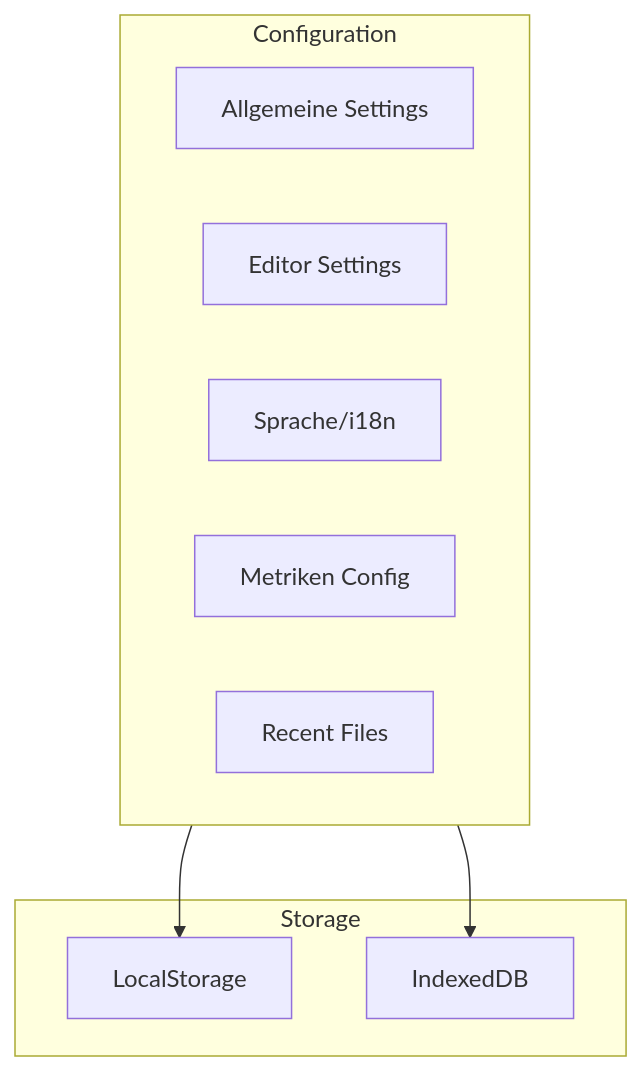
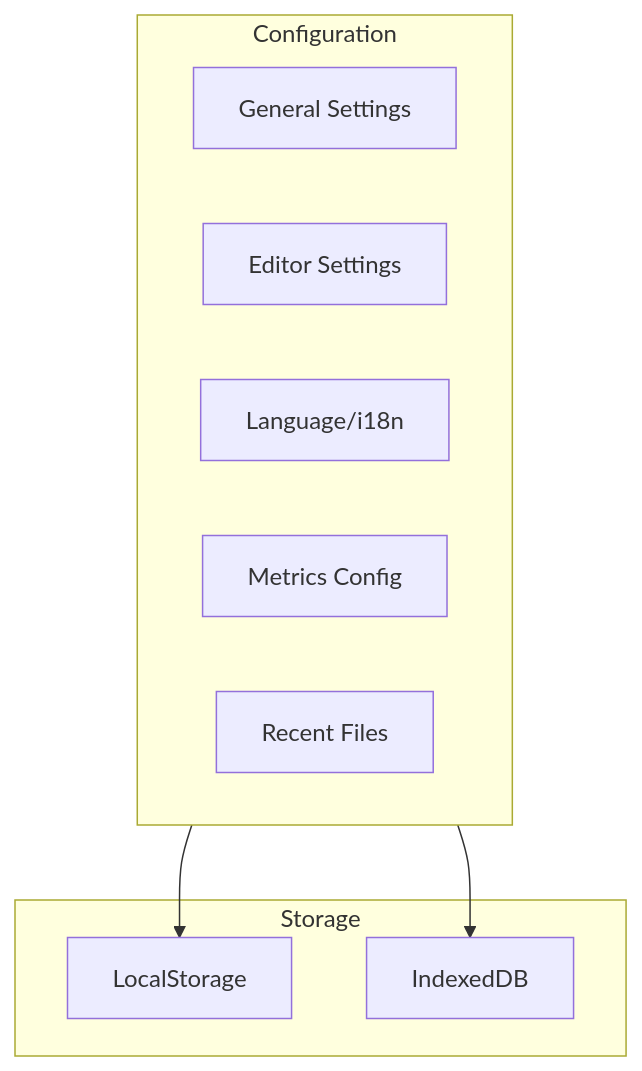
Before and after one commit to woped/woped-next: the first of 2 diagrams in docs/migration/12-configuration.md, drawn with Mermaid. The commit also changed other lines of this file and 24 other files, not shown here.

````diff
--- a/docs/migration/12-configuration.md
+++ b/docs/migration/12-configuration.md
@@ -7,18 +7,18 @@
 ```mermaid
 graph TD
     subgraph Configuration
-        GENERAL[Allgemeine Settings]
+        GENERAL[General Settings]
         EDITOR[Editor Settings]
-        LANG[Sprache/i18n]
-        METRICS[Metriken Config]
+        LANG[Language/i18n]
+        METRICS[Metrics Config]
         RECENT[Recent Files]
     end
     
     subgraph Storage
         LOCAL[LocalStorage]
         INDEXDB[IndexedDB]
     end
     
     Configuration --> LOCAL
     Configuration --> INDEXDB
 ```
````
